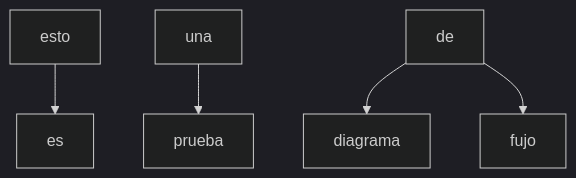
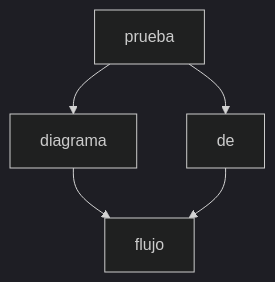
The diagram in README2.md (angelaserantes/metodo3), drawn with Mermaid (dark theme) before and after one commit.

Commit message:
diagrama flujo

````diff
--- a/README2.md
+++ b/README2.md
@@ -37,7 +37,7 @@
  ```mermaid
 graph TD;
-    esto-->es;
-    una-->prueba;
-    de-->diagrama;
-    de-->fujo;
+    prueba-->diagrama;
+    prueba-->de;
+    diagrama-->flujo;
+    de-->flujo;
 ```
````
